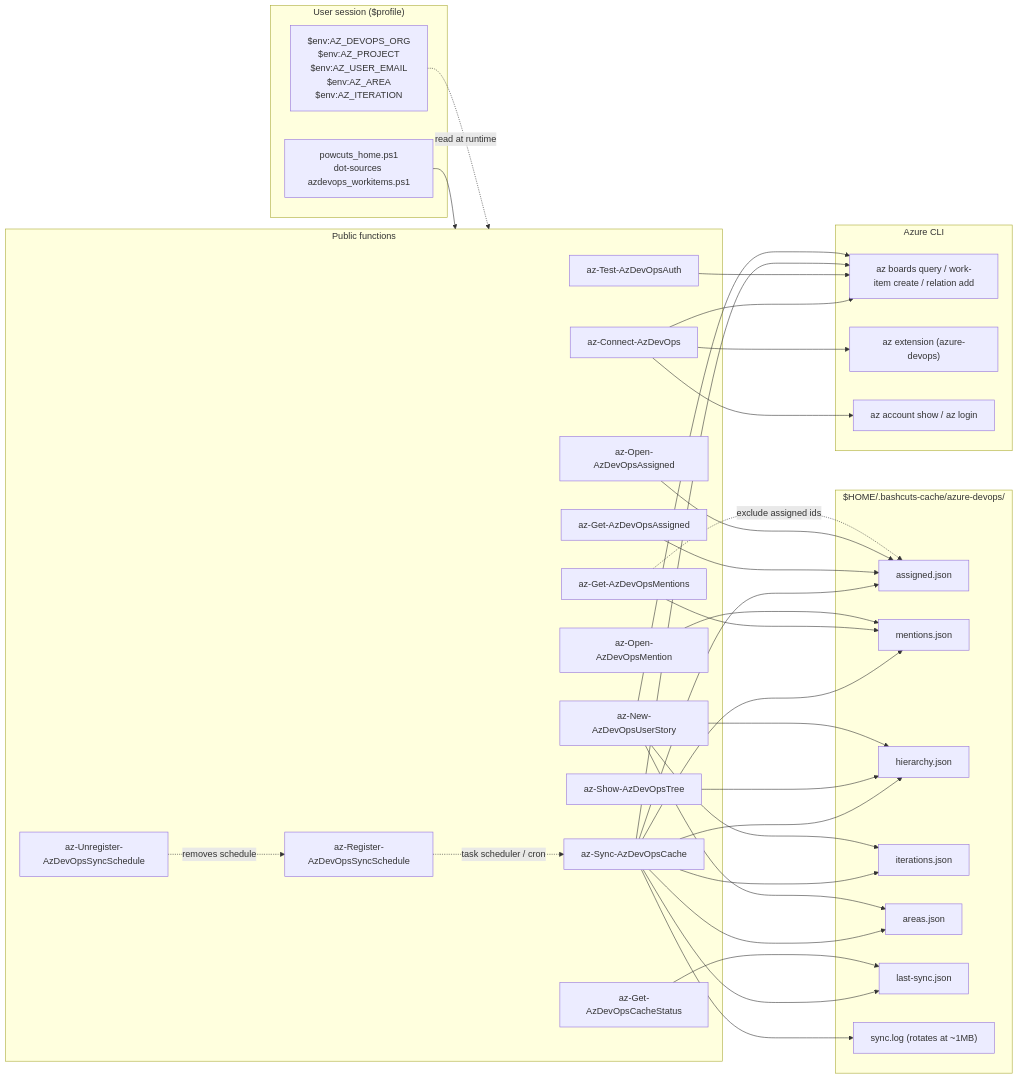
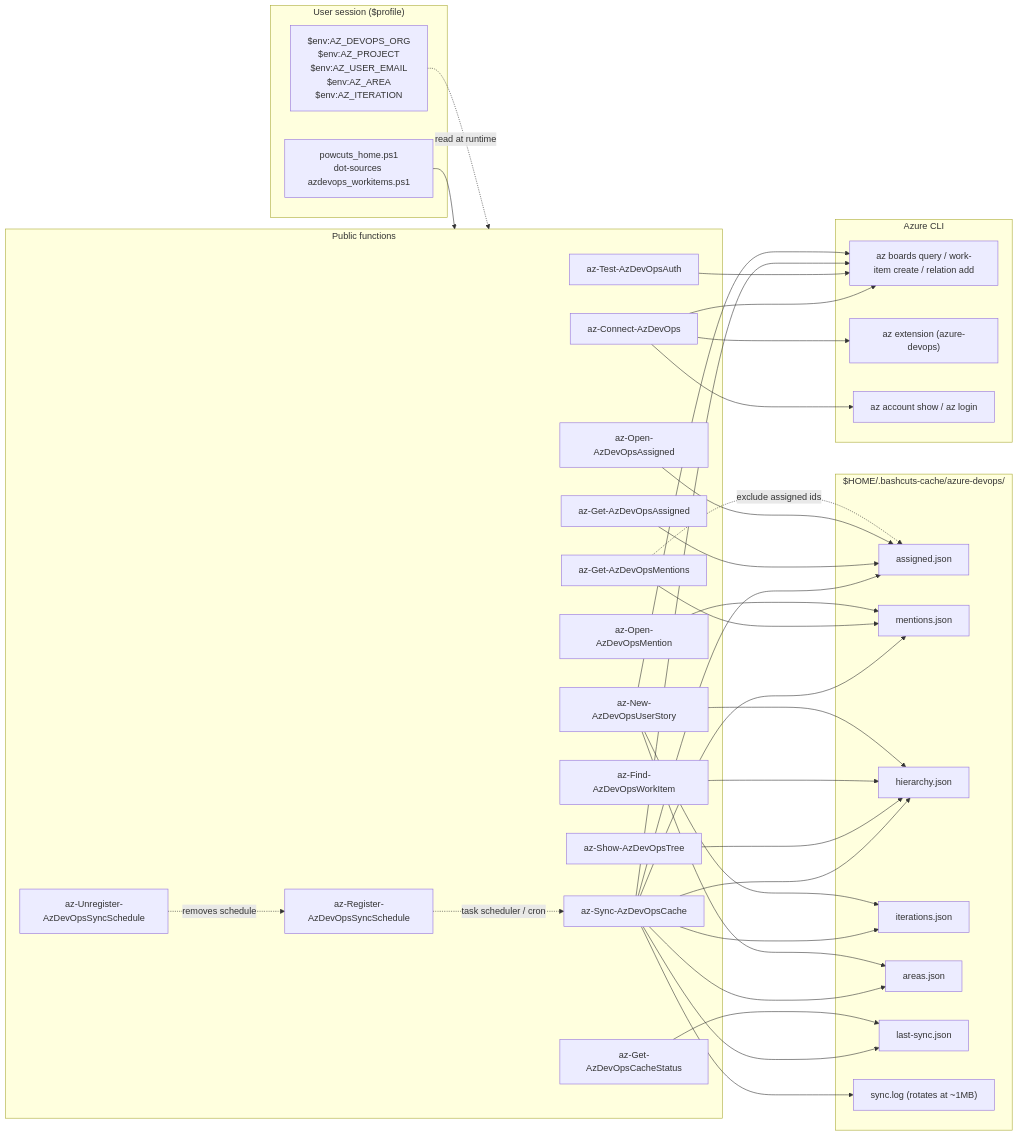
The first of 10 diagrams in docs/azure-devops-diagrams.md (jdschleicher/bashcuts), drawn with Mermaid before and after one commit. The commit also changed other lines of this file, not shown here.

First line of the commit message:
docs(#39): add az-Find-AzDevOpsWorkItem to AzDO diagrams

````diff
--- a/docs/azure-devops-diagrams.md
+++ b/docs/azure-devops-diagrams.md
@@ -21,71 +21,73 @@
 ```mermaid
 flowchart LR
     subgraph User["User session ($profile)"]
         Profile["powcuts_home.ps1<br/>dot-sources azdevops_workitems.ps1"]
         EnvVars["$env:AZ_DEVOPS_ORG<br/>$env:AZ_PROJECT<br/>$env:AZ_USER_EMAIL<br/>$env:AZ_AREA<br/>$env:AZ_ITERATION"]
     end
 
     subgraph Public["Public functions"]
         Connect["az-Connect-AzDevOps"]
         TestAuth["az-Test-AzDevOpsAuth"]
         Sync["az-Sync-AzDevOpsCache"]
         Status["az-Get-AzDevOpsCacheStatus"]
         Reg["az-Register-AzDevOpsSyncSchedule"]
         Unreg["az-Unregister-AzDevOpsSyncSchedule"]
         GetA["az-Get-AzDevOpsAssigned"]
         OpenA["az-Open-AzDevOpsAssigned"]
         GetM["az-Get-AzDevOpsMentions"]
         OpenM["az-Open-AzDevOpsMention"]
         Tree["az-Show-AzDevOpsTree"]
+        Find["az-Find-AzDevOpsWorkItem"]
         NewStory["az-New-AzDevOpsUserStory"]
     end
 
     subgraph Cache["$HOME/.bashcuts-cache/azure-devops/"]
         AssignedJson["assigned.json"]
         MentionsJson["mentions.json"]
         HierJson["hierarchy.json"]
         IterJson["iterations.json"]
         AreasJson["areas.json"]
         LastSync["last-sync.json"]
         SyncLog["sync.log (rotates at ~1MB)"]
     end
 
     subgraph AzCLI["Azure CLI"]
         AzBoards["az boards query / work-item create / relation add"]
         AzExt["az extension (azure-devops)"]
         AzAcct["az account show / az login"]
     end
 
     Profile --> Public
     EnvVars -.read at runtime.-> Public
 
     Connect --> AzAcct
     Connect --> AzExt
     Connect --> AzBoards
     TestAuth --> AzBoards
 
     Sync --> AzBoards
     Sync --> AssignedJson
     Sync --> MentionsJson
     Sync --> HierJson
     Sync --> IterJson
     Sync --> AreasJson
     Sync --> LastSync
     Sync --> SyncLog
 
     GetA --> AssignedJson
     OpenA --> AssignedJson
     GetM --> MentionsJson
     GetM -.exclude assigned ids.-> AssignedJson
     OpenM --> MentionsJson
     Tree --> HierJson
+    Find --> HierJson
     Status --> LastSync
 
     NewStory --> HierJson
     NewStory --> IterJson
     NewStory --> AreasJson
     NewStory --> AzBoards
 
     Reg -.task scheduler / cron.-> Sync
     Unreg -.removes schedule.-> Reg
 ```
````
